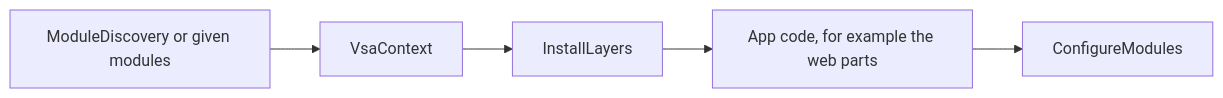
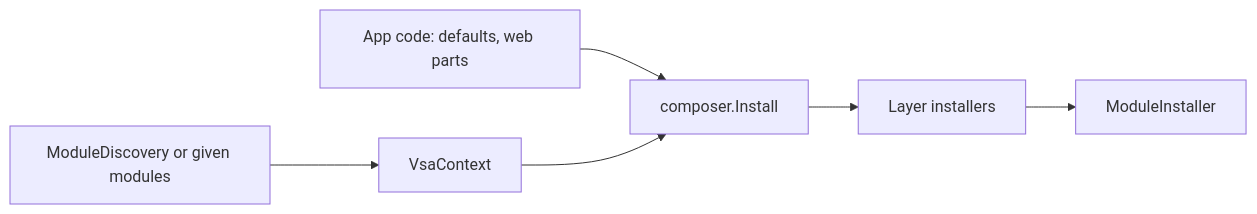
Before and after one commit to MgCohen/vsa-template: the diagram in docs/composition.md, drawn with Mermaid. The commit also changed other lines of this file and 25 other files, not shown here.

````diff
--- a/docs/composition.md
+++ b/docs/composition.md
@@ -7,7 +7,8 @@
 ```mermaid
 flowchart LR
     D[ModuleDiscovery or given modules] --> X[VsaContext]
-    X --> L[InstallLayers]
-    L --> W[App code, for example the web parts]
-    W --> M[ConfigureModules]
+    A[App code: defaults, web parts] --> I
+    X --> I[composer.Install]
+    I --> L[Layer installers]
+    L --> M[ModuleInstaller]
 ```
````
